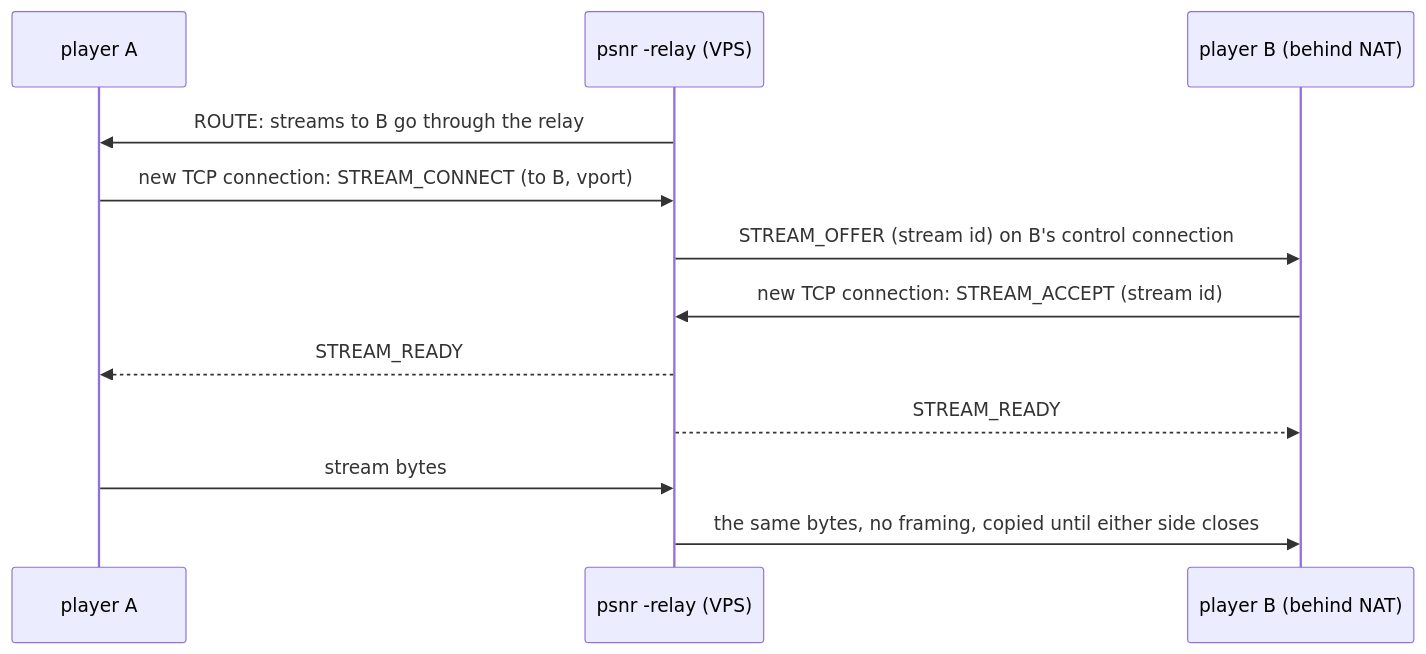
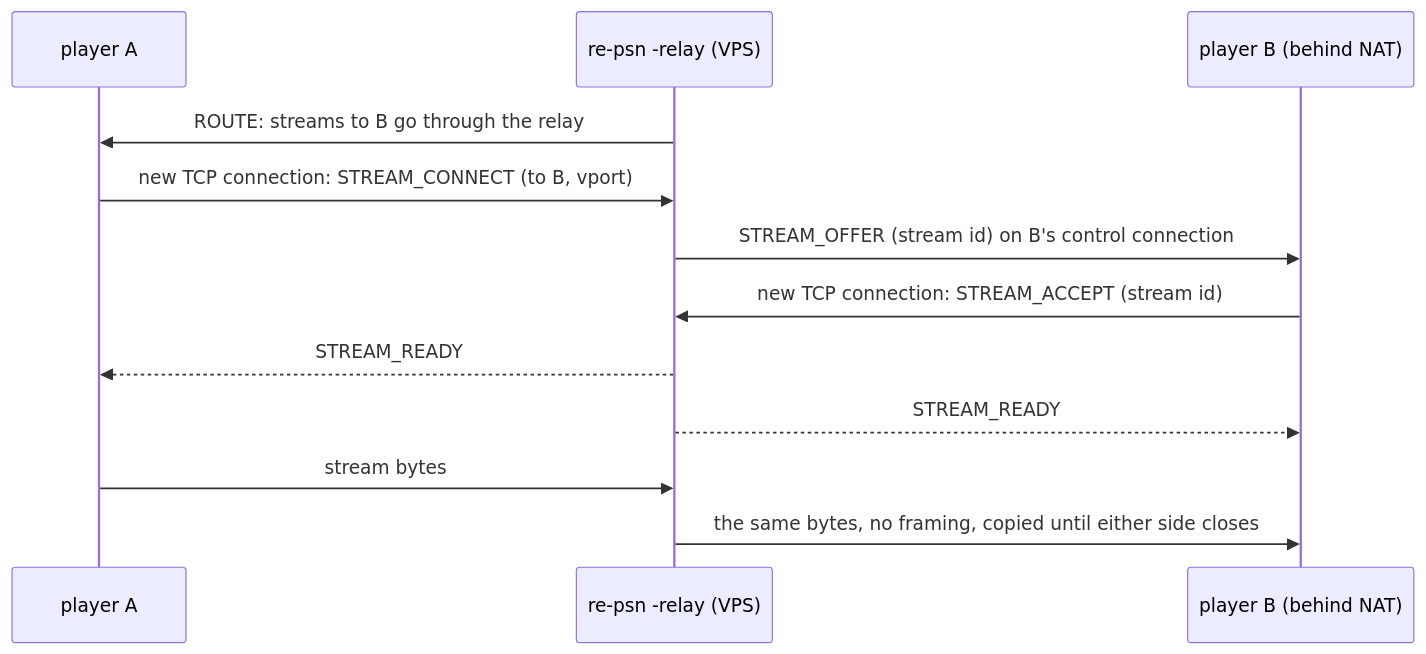
One commit to Tzeentchnet/re-psn changed the fourth of 4 diagrams in docs/architecture.md. Above: the diagram before and after it, drawn with Mermaid. The commit also changed other lines of this file and 12 other files, not shown here.

First line of the commit message:
Convert the docs to Markdown, tidy their layout and add deploy and docker diagrams

````diff
--- a/docs/architecture.md
+++ b/docs/architecture.md
@@ -101,14 +115,14 @@
 ```mermaid
 sequenceDiagram
   participant A as player A
-  participant S as psnr -relay (VPS)
+  participant S as re-psn -relay (VPS)
   participant B as player B (behind NAT)
   S->>A: ROUTE: streams to B go through the relay
   A->>S: new TCP connection: STREAM_CONNECT (to B, vport)
   S->>B: STREAM_OFFER (stream id) on B's control connection
   B->>S: new TCP connection: STREAM_ACCEPT (stream id)
   S-->>A: STREAM_READY
   S-->>B: STREAM_READY
   A->>S: stream bytes
   S->>B: the same bytes, no framing, copied until either side closes
 ```
````
